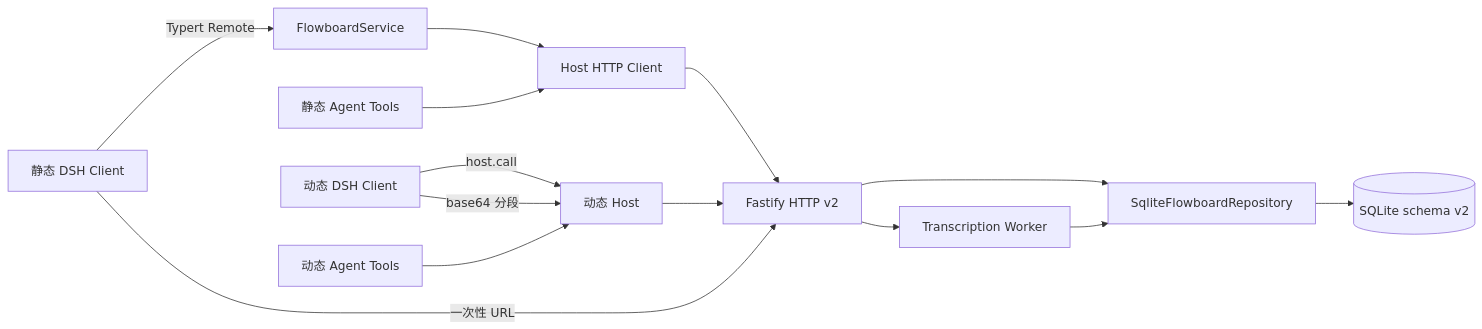
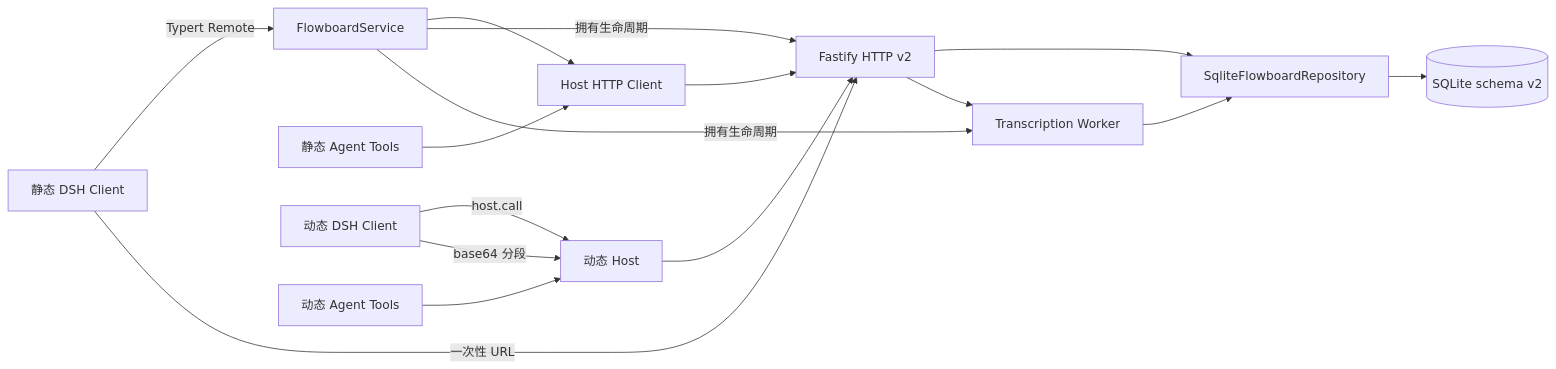
One commit to Untidy-cocoabutter173/Flowboard changed the first of 2 diagrams in docs/architecture/system-overview.md. Above: the diagram before and after it, drawn with Mermaid. The commit also changed other lines of this file and 59 other files, not shown here.

Commit message:
refactor: embed Flowboard workspace runtime

````diff
--- a/docs/architecture/system-overview.md
+++ b/docs/architecture/system-overview.md
@@ -11,16 +11,18 @@
 ```mermaid
 flowchart LR
   SC[静态 DSH Client] -->|Typert Remote| SS[FlowboardService]
   SA[静态 Agent Tools] --> HC[Host HTTP Client]
   SS --> HC
+  SS -->|拥有生命周期| API
+  SS -->|拥有生命周期| WORKER
   DC[动态 DSH Client] -->|host.call| DH[动态 Host]
   DA[动态 Agent Tools] --> DH
   HC --> API[Fastify HTTP v2]
   DH --> API
   API --> REPO[SqliteFlowboardRepository]
   REPO --> DB[(SQLite schema v2)]
   DC -->|base64 分段| DH
   SC -->|一次性 URL| API
   API --> WORKER[Transcription Worker]
   WORKER --> REPO
 ```
````
